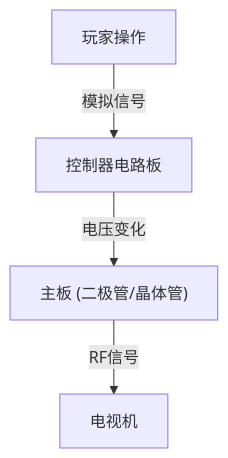
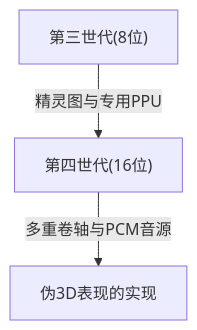
Before and after one commit to kenjinote/blog: the first of 2 diagrams in content/post/history-of-video-game-consoles/index.zh-cn.md, drawn with Mermaid. The commit also changed other lines of this file and 129 other files, not shown here.

````diff
--- a/content/post/history-of-video-game-consoles/index.zh-cn.md
+++ b/content/post/history-of-video-game-consoles/index.zh-cn.md
@@ -22,6 +33,5 @@
 ```mermaid
 graph TD
-    A["玩家操作"] -- "模拟信号" --> B["控制器电路板"]
-    B -- "电压变化" --> C["主板 (二极管/晶体管)"]
-    C -- "RF信号" --> D["电视机"]
+  A["第三世代(8位)"] -- "精灵图与专用PPU" --> B["第四世代(16位)"]
+  B["第四世代(16位)"] -- "多重卷轴与PCM音源" --> C["伪3D表现的实现"]
 ```
````
